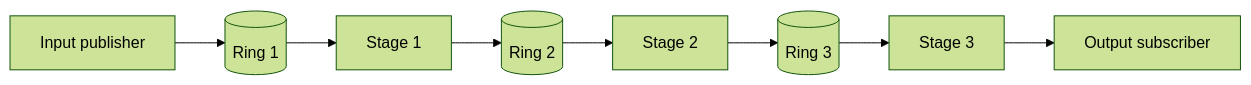
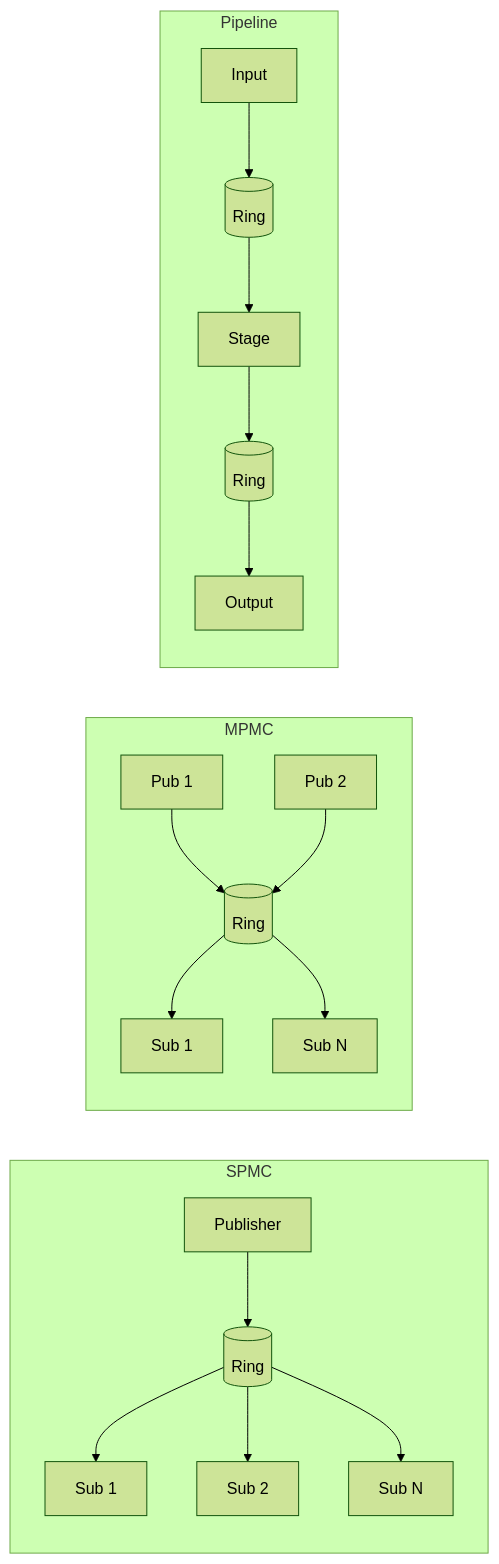
The diagram in README.md (userFRM/photon-ring), drawn with Mermaid (forest theme) before and after one commit. The commit also changed other lines of this file, not shown here.

Commit message:
Simplify README: condense 4 Mermaid diagrams into 1

````diff
--- a/README.md
+++ b/README.md
@@ -59,10 +34,18 @@
 ```mermaid
 flowchart LR
-    IN[Input publisher] --> R1[(Ring 1)]
-    R1 --> ST1[Stage 1]
-    ST1 --> R2[(Ring 2)]
-    R2 --> ST2[Stage 2]
-    ST2 --> R3[(Ring 3)]
-    R3 --> ST3[Stage 3]
-    ST3 --> OUT[Output subscriber]
+    subgraph SPMC
+        P[Publisher] --> R[(Ring)]
+        R --> S1[Sub 1]
+        R --> S2[Sub 2]
+        R --> SN[Sub N]
+    end
+    subgraph MPMC
+        P1[Pub 1] --> R2[(Ring)]
+        P2[Pub 2] --> R2
+        R2 --> C1[Sub 1]
+        R2 --> C2[Sub N]
+    end
+    subgraph Pipeline
+        IN[Input] --> R3[(Ring)] --> ST1[Stage] --> R4[(Ring)] --> OUT[Output]
+    end
 ```
````
